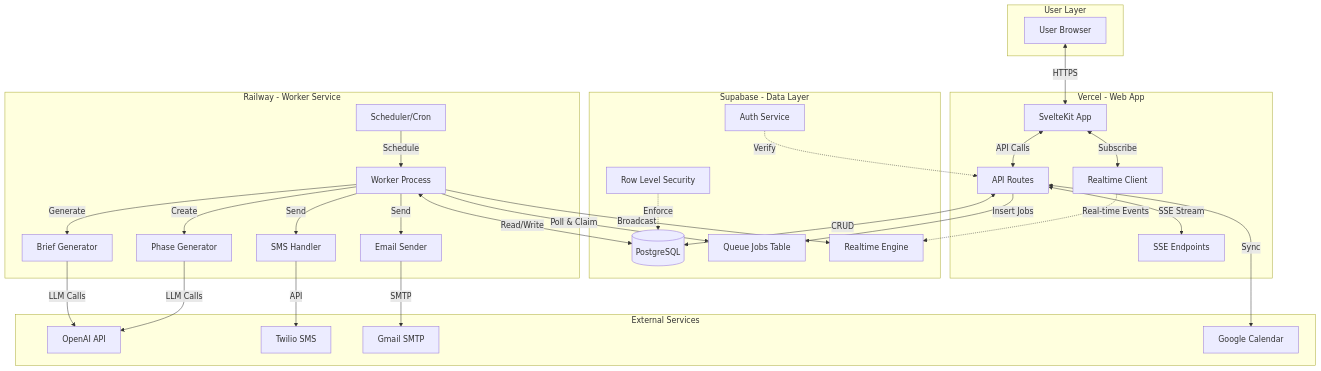
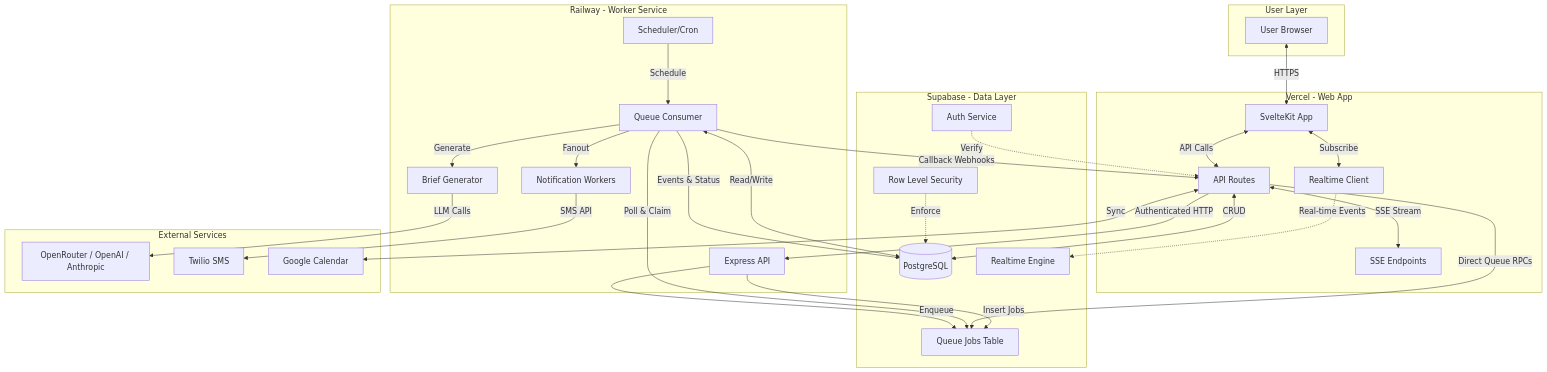
The first of 10 diagrams in docs/architecture/diagrams/WEB-WORKER-ARCHITECTURE.md (Wolverine971/buildos-platform), drawn with Mermaid before and after one commit. The commit also changed other lines of this file and 100 other files, not shown here.

````diff
--- a/docs/architecture/diagrams/WEB-WORKER-ARCHITECTURE.md
+++ b/docs/architecture/diagrams/WEB-WORKER-ARCHITECTURE.md
@@ -24,65 +30,63 @@
 ```mermaid
 graph TB
     subgraph "User Layer"
         U[User Browser]
     end
 
     subgraph "Vercel - Web App"
         WEB[SvelteKit App]
         API[API Routes]
         SSE[SSE Endpoints]
         RT[Realtime Client]
     end
 
     subgraph "Supabase - Data Layer"
         DB[(PostgreSQL)]
         QUEUE[Queue Jobs Table]
         RLS[Row Level Security]
         REALTIME[Realtime Engine]
         AUTH[Auth Service]
     end
 
     subgraph "Railway - Worker Service"
-        WORKER[Worker Process]
+        HTTP[Express API]
+        WORKER[Queue Consumer]
         BRIEF[Brief Generator]
-        EMAIL[Email Sender]
-        SMS[SMS Handler]
-        PHASES[Phase Generator]
+        NOTIFY[Notification Workers]
         CRON[Scheduler/Cron]
     end
 
     subgraph "External Services"
-        OPENAI[OpenAI API]
+        LLM[OpenRouter / OpenAI / Anthropic]
         TWILIO[Twilio SMS]
-        GMAIL[Gmail SMTP]
         GCAL[Google Calendar]
     end
 
     U <-->|HTTPS| WEB
     WEB <-->|API Calls| API
     API <-->|SSE Stream| SSE
     WEB <-->|Subscribe| RT
 
-    API -->|Insert Jobs| QUEUE
+    API -->|Authenticated HTTP| HTTP
+    HTTP -->|Insert Jobs| QUEUE
+    API -->|Direct Queue RPCs| QUEUE
     API <-->|CRUD| DB
     RT -.->|Real-time Events| REALTIME
 
     WORKER -->|Poll & Claim| QUEUE
     WORKER <-->|Read/Write| DB
-    WORKER -->|Broadcast| REALTIME
+    WORKER -->|Events & Status| DB
+    WORKER -->|Callback Webhooks| API
 
     CRON -->|Schedule| WORKER
+    HTTP -->|Enqueue| QUEUE
     WORKER -->|Generate| BRIEF
-    WORKER -->|Send| EMAIL
-    WORKER -->|Send| SMS
-    WORKER -->|Create| PHASES
+    WORKER -->|Fanout| NOTIFY
 
     API <-->|Sync| GCAL
-    BRIEF -->|LLM Calls| OPENAI
-    PHASES -->|LLM Calls| OPENAI
-    EMAIL -->|SMTP| GMAIL
-    SMS -->|API| TWILIO
+    BRIEF -->|LLM Calls| LLM
+    NOTIFY -->|SMS API| TWILIO
 
     AUTH -.->|Verify| API
     RLS -.->|Enforce| DB
 ```
````
